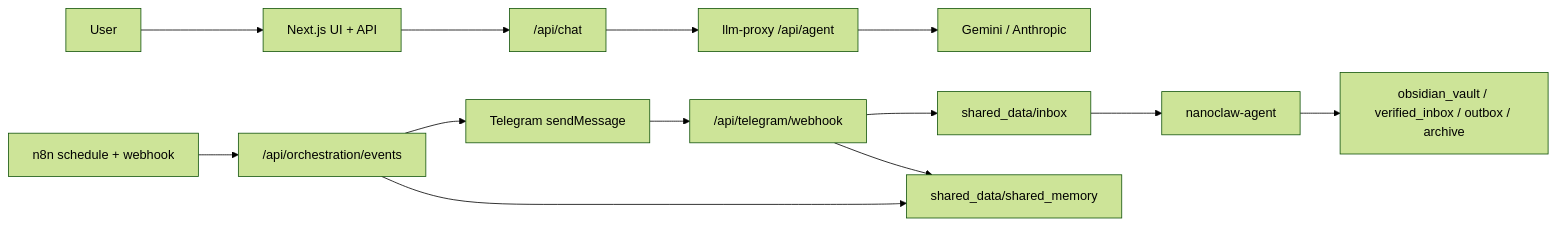
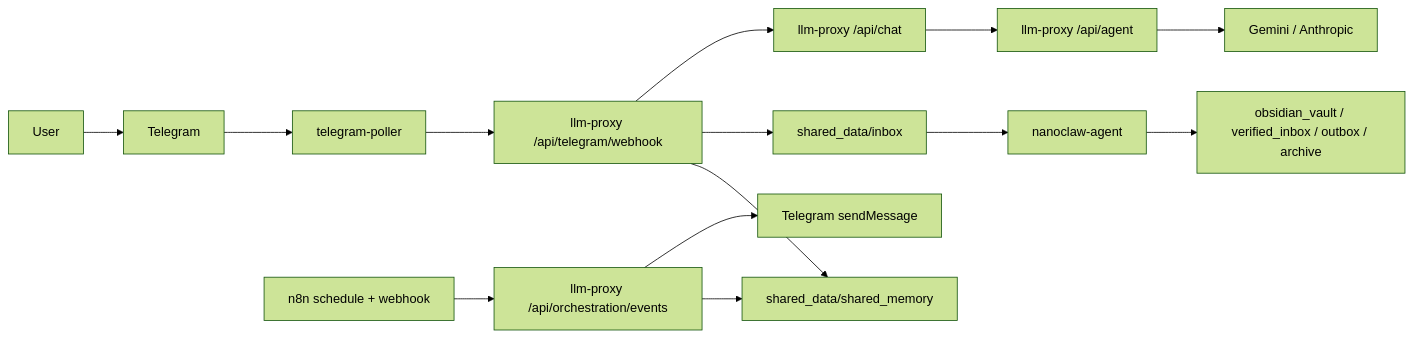
One commit to Merchantlee99/Personal-AI-agent-v2 changed the diagram in README.md. Above: the diagram before and after it, drawn with Mermaid (forest theme). The commit also changed other lines of this file and 136 other files, not shown here.

Commit message:
feat: stabilize telegram-first orchestration runtime

````diff
--- a/README.md
+++ b/README.md
@@ -12,16 +13,17 @@
 ```mermaid
 flowchart LR
-  U["User"] --> FE["Next.js UI + API"]
-  FE --> CHAT["/api/chat"]
+  U["User"] --> TG["Telegram"]
+  TG --> TP["telegram-poller"]
+  TP --> TGC["llm-proxy /api/telegram/webhook"]
+  TGC --> CHAT["llm-proxy /api/chat"]
   CHAT --> PX["llm-proxy /api/agent"]
   PX --> LLM["Gemini / Anthropic"]
 
-  N8N["n8n schedule + webhook"] --> ORCH["/api/orchestration/events"]
-  ORCH --> TG["Telegram sendMessage"]
-  TG --> TGC["/api/telegram/webhook"]
+  N8N["n8n schedule + webhook"] --> ORCH["llm-proxy /api/orchestration/events"]
+  ORCH --> TGAPI["Telegram sendMessage"]
   TGC --> INBOX["shared_data/inbox"]
   INBOX --> AG["nanoclaw-agent"]
   AG --> ART["obsidian_vault / verified_inbox / outbox / archive"]
   ORCH --> MEM["shared_data/shared_memory"]
   TGC --> MEM
 ```
````
